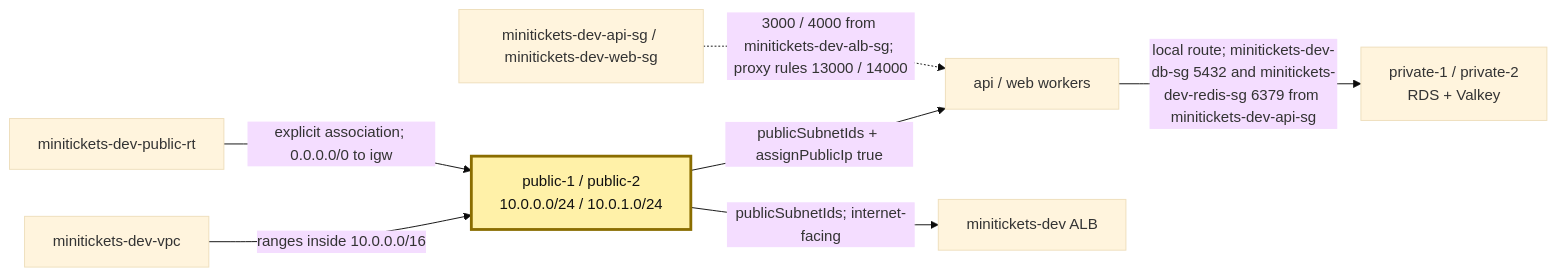
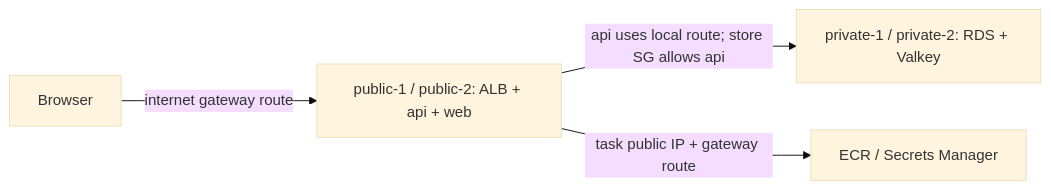
The diagram in docs/handbook/concepts/subnets.md (maheshnd/minitickets), drawn with Mermaid (base theme) before and after one commit. The commit also changed other lines of this file and 39 other files, not shown here.

````diff
--- a/docs/handbook/concepts/subnets.md
+++ b/docs/handbook/concepts/subnets.md
@@ -14,11 +18,6 @@
 ```mermaid
 flowchart LR
-    vpc["minitickets-dev-vpc"] -->|"ranges inside 10.0.0.0/16"| sub["public-1 / public-2<br/>10.0.0.0/24 / 10.0.1.0/24"]
-    rt["minitickets-dev-public-rt"] -->|"explicit association; 0.0.0.0/0 to igw"| sub
-    sub -->|"publicSubnetIds + assignPublicIp true"| tasks["api / web workers"]
-    sub -->|"publicSubnetIds; internet-facing"| alb["minitickets-dev ALB"]
-    tasks -->|"local route; minitickets-dev-db-sg 5432 and minitickets-dev-redis-sg 6379 from minitickets-dev-api-sg"| data["private-1 / private-2<br/>RDS + Valkey"]
-    guard["minitickets-dev-api-sg / minitickets-dev-web-sg"] -.->|"3000 / 4000 from minitickets-dev-alb-sg; proxy rules 13000 / 14000"| tasks
-    classDef focus fill:#fff1a8,stroke:#8a6d00,stroke-width:3px,color:#111
-    class sub focus
+    browser["Browser"] -->|"internet gateway route"| pub["public-1 / public-2: ALB + api + web"]
+    pub -->|"api uses local route; store SG allows api"| priv["private-1 / private-2: RDS + Valkey"]
+    pub -->|"task public IP + gateway route"| aws["ECR / Secrets Manager"]
 ```
````
